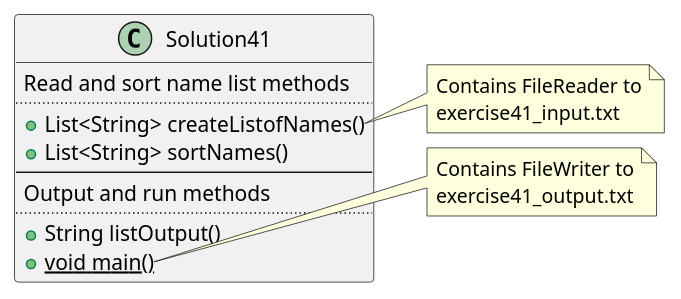
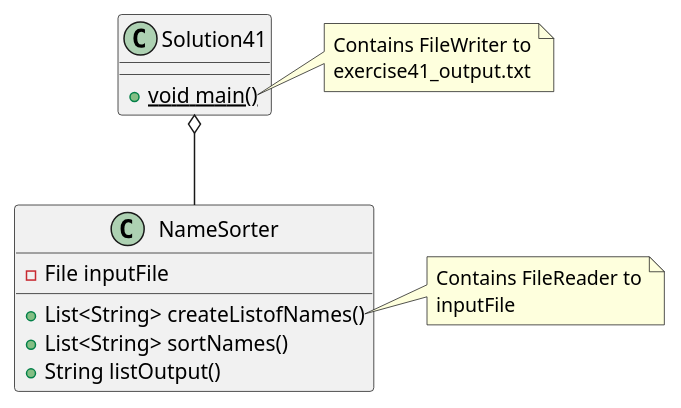
The diagram in exercise41/docs/classes.puml (lastingParadox/preston-a04), drawn with PlantUML before and after one commit. The commit also changed 6 other files, not shown here.

Commit message:
Restructured exercise41, created skeleton and PlantUML Diagram

```diff
--- a/exercise41/docs/classes.puml
+++ b/exercise41/docs/classes.puml
@@ -1,22 +1,26 @@
 @startuml
 class Solution41 {
-    Read and sort name list methods
-    ..
+    +{static} void main()
+}
+
+class NameSorter {
+    -File inputFile
+
     +List<String> createListofNames()
     +List<String> sortNames()
-    --
-    Output and run methods
-    ..
     +String listOutput()
-    +{static} void main()
 }
-note right of Solution41::createListofNames()
+
+note right of NameSorter::createListofNames()
     Contains FileReader to
-    exercise41_input.txt
+    inputFile
 end note
+
 note right of Solution41::main
     Contains FileWriter to
     exercise41_output.txt
 end note
 
+Solution41 o-- NameSorter
+
 @enduml
```
